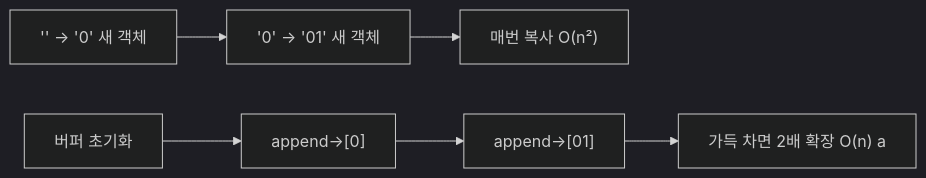
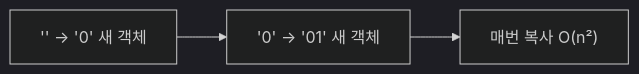
The second of 3 diagrams in _posts/java/2026-05-01-java-string.md (yjkim2015/yjkim2015.github.io), drawn with Mermaid (dark theme) before and after one commit. The commit also changed other lines of this file and 149 other files, not shown here.

First line of the commit message:
Mermaid 가독성 개선: 라벨 축약, 노드 축소, TD→LR 변환

````diff
--- a/_posts/java/2026-05-01-java-string.md
+++ b/_posts/java/2026-05-01-java-string.md
@@ -155,5 +155,4 @@
 ```mermaid
 graph LR
     S1["'' → '0' 새 객체"] --> S2["'0' → '01' 새 객체"] --> S3["매번 복사 O(n²)"]
-    B1["버퍼 초기화"] --> B2["append→[0]"] --> B3["append→[01]"] --> B4["가득 차면 2배 확장 O(n) a"]
 ```
````
